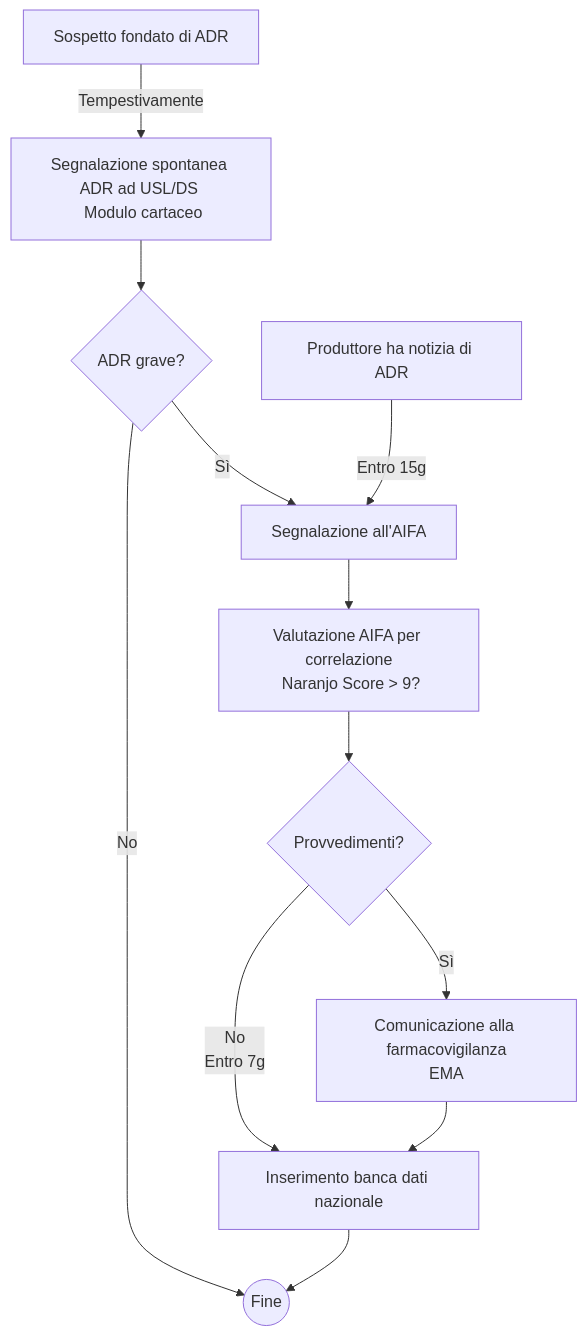
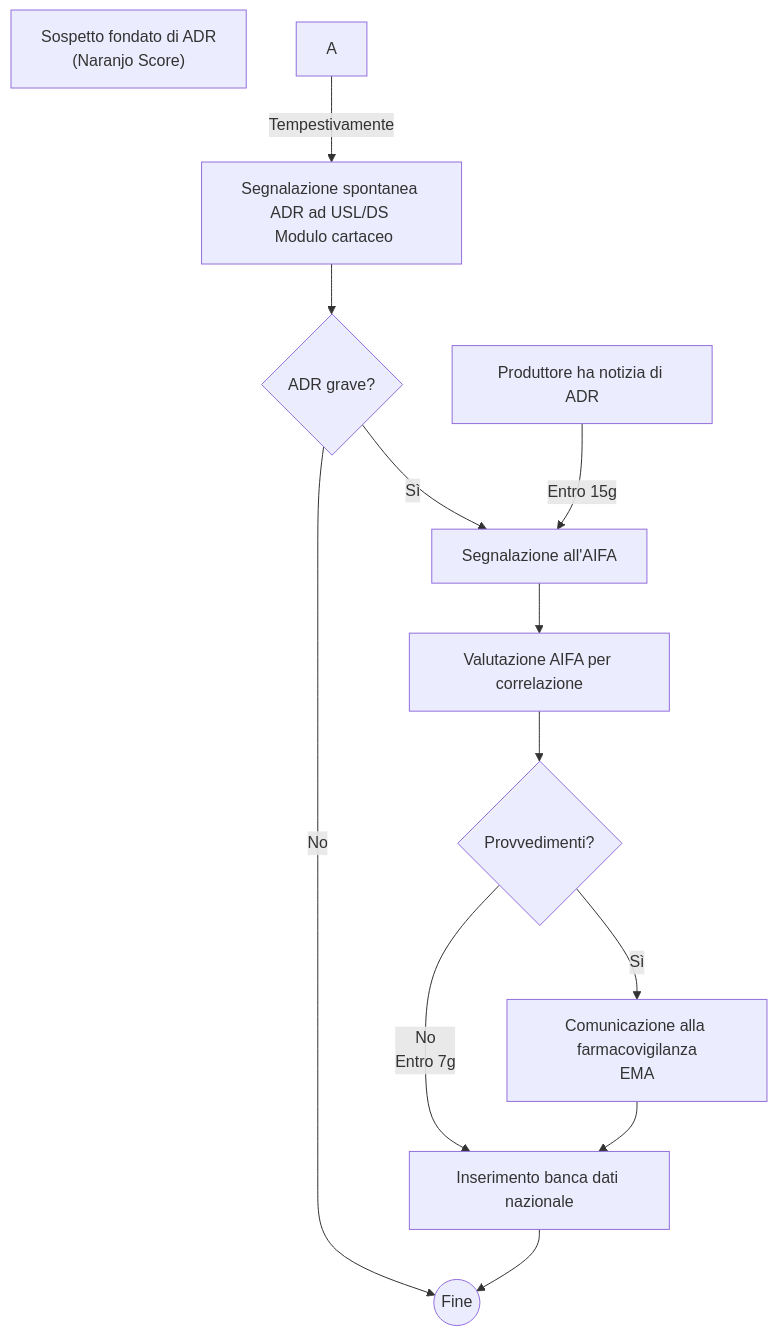
The diagram in Med3/farmacologia/prescrizione.md (evicinelli/Med-Notes), drawn with Mermaid before and after one commit. The commit also changed other lines of this file and 54 other files, not shown here.

````diff
--- a/Med3/farmacologia/prescrizione.md
+++ b/Med3/farmacologia/prescrizione.md
@@ -11,27 +11,32 @@
 ```{mermaid}
 %% | fig-cap: Iter di segnalazione spontanea degli ADR c/o Dlgs 95/2003; 219/2006
 
 flowchart TD
-	A[Sospetto fondato di ADR]
+	IA["Sospetto fondato di ADR\n(Naranjo Score)"]
 	B[Segnalazione spontanea ADR ad USL/DS \n Modulo cartaceo]
 	B2[Produttore ha notizia di ADR]
 	C{ADR grave?}
 	D[Segnalazione all'AIFA]
-	E[Valutazione AIFA per correlazione\n Naranjo Score > 9? ]
+	E[Valutazione AIFA per correlazione]
 	F{Provvedimenti?}
 	G[Comunicazione alla farmacovigilanza\nEMA]
 	H[Inserimento banca dati nazionale]
 	I((Fine))
 
+%% Notifica ad aifa
 	A -->|Tempestivamente| B
 	B --> C
 	C -- Sì --> D
 	B2 -- Entro 15g --> D
+
+%% Segnalazione non necessaria
 	C -- No --> I
+
+%% Aifa
 	D --> E
 	E --> F
 	F -- Sì --> G
 	F -- No\nEntro 7g--> H
 	G --> H
 	H --> I
 ```
````
